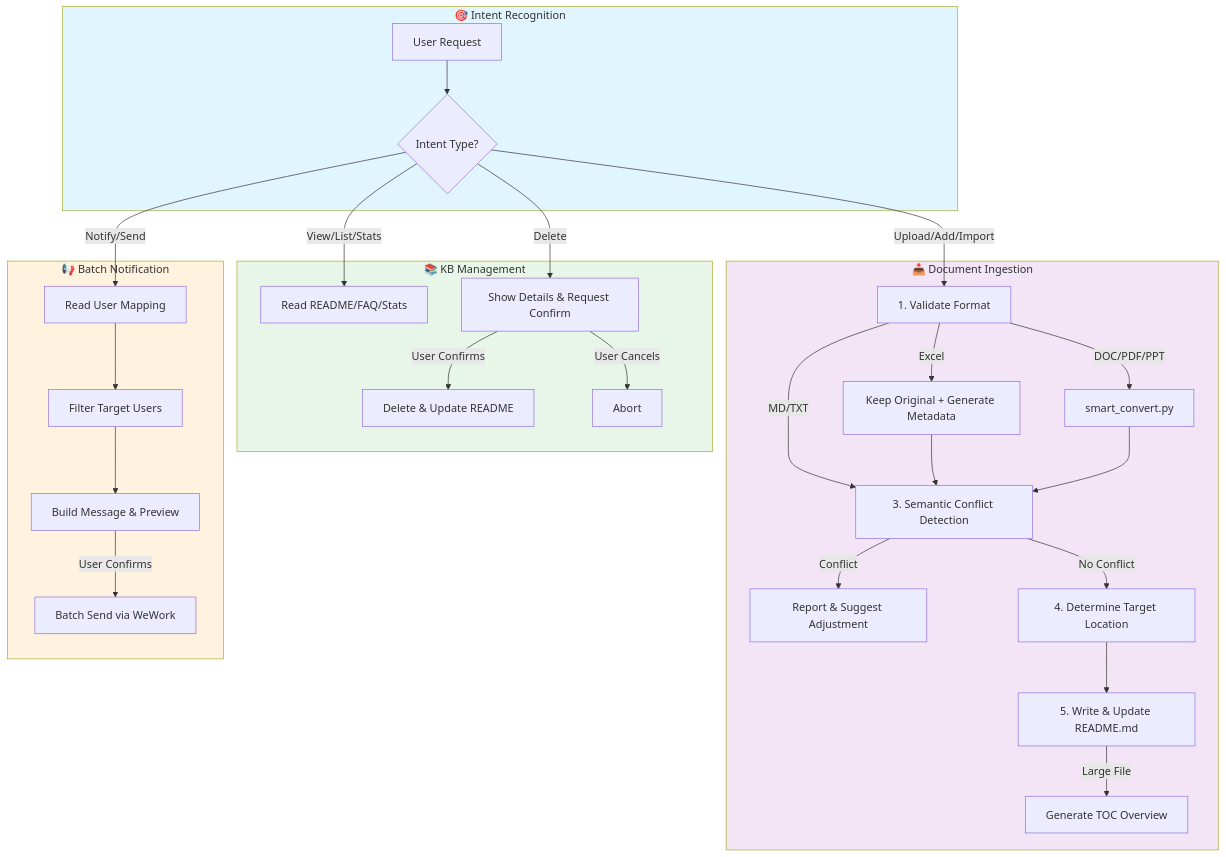
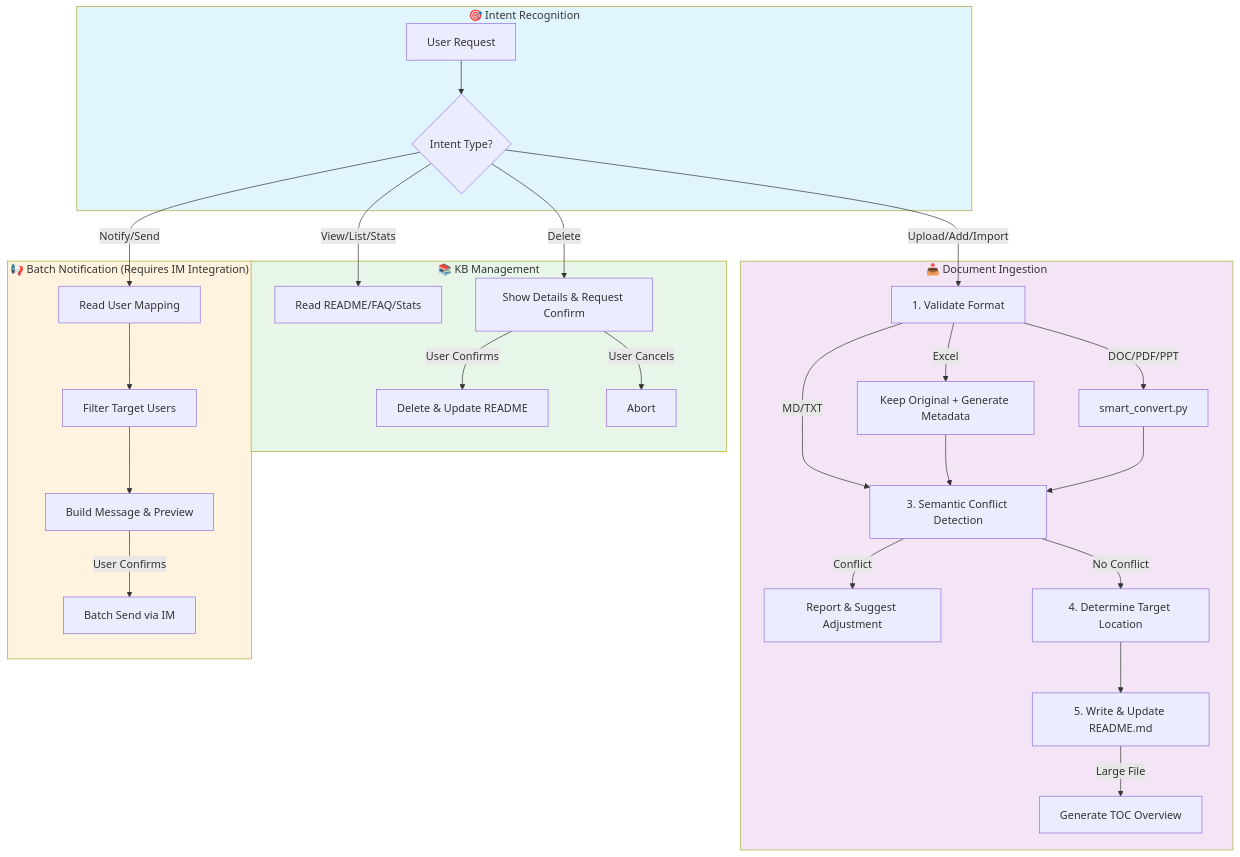
Before and after one commit to Harryoung/efka: the first of 2 diagrams in README.md, drawn with Mermaid. The commit also changed other lines of this file and 1 other file, not shown here.

````diff
--- a/README.md
+++ b/README.md
@@ -136,38 +126,38 @@
 ```mermaid
 flowchart TD
     subgraph Intent["🎯 Intent Recognition"]
         A[User Request] --> B{Intent Type?}
     end
 
     subgraph DocIngest["📥 Document Ingestion"]
         B -->|Upload/Add/Import| C1[1. Validate Format]
         C1 -->|MD/TXT| C3
         C1 -->|Excel| C2a[Keep Original + Generate Metadata]
         C1 -->|DOC/PDF/PPT| C2b[smart_convert.py]
         C2a --> C3[3. Semantic Conflict Detection]
         C2b --> C3
         C3 -->|Conflict| C3x[Report & Suggest Adjustment]
         C3 -->|No Conflict| C4[4. Determine Target Location]
         C4 --> C5[5. Write & Update README.md]
         C5 -->|Large File| C5a[Generate TOC Overview]
     end
 
     subgraph KBMgmt["📚 KB Management"]
         B -->|View/List/Stats| D1[Read README/FAQ/Stats]
         B -->|Delete| D2[Show Details & Request Confirm]
         D2 -->|User Confirms| D3[Delete & Update README]
         D2 -->|User Cancels| D4[Abort]
     end
 
-    subgraph BatchNotify["📢 Batch Notification"]
+    subgraph BatchNotify["📢 Batch Notification (Requires IM Integration)"]
         B -->|Notify/Send| E1[Read User Mapping]
         E1 --> E2[Filter Target Users]
         E2 --> E3[Build Message & Preview]
-        E3 -->|User Confirms| E4[Batch Send via WeWork]
+        E3 -->|User Confirms| E4[Batch Send via IM]
     end
 
     style Intent fill:#e1f5fe
     style DocIngest fill:#f3e5f5
     style KBMgmt fill:#e8f5e9
     style BatchNotify fill:#fff3e0
 ```
````
